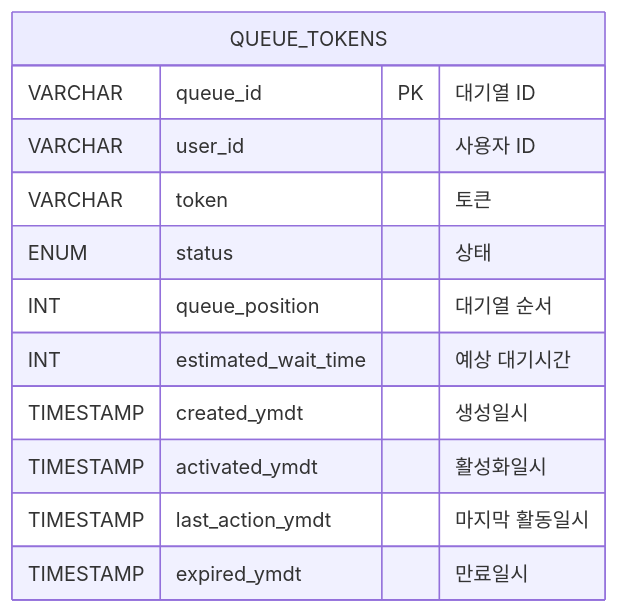
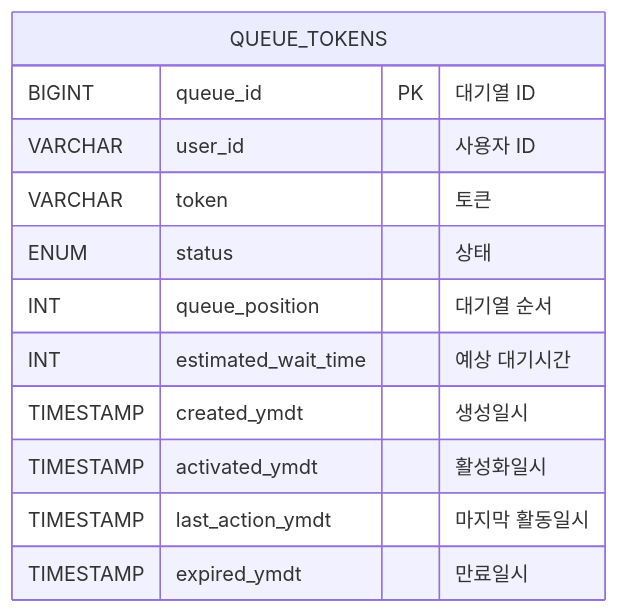
One commit to kimdoha/concert-system changed the fourth of 4 diagrams in docs/2. ERD_다이어그램.md. Above: the diagram before and after it, drawn with Mermaid. The commit also changed other lines of this file, not shown here.

Commit message:
docs: ERD 다이어그램 작성 (pk 수정)

````diff
--- a/docs/2. ERD_다이어그램.md
+++ b/docs/2. ERD_다이어그램.md
@@ -111,15 +111,15 @@
 ```mermaid
 erDiagram
     QUEUE_TOKENS {
-        VARCHAR queue_id PK "대기열 ID"
+        BIGINT queue_id PK "대기열 ID"
         VARCHAR user_id "사용자 ID"
         VARCHAR token "토큰"
         ENUM status "상태"
         INT queue_position "대기열 순서"
         INT estimated_wait_time "예상 대기시간"
         TIMESTAMP created_ymdt "생성일시"
         TIMESTAMP activated_ymdt "활성화일시"
         TIMESTAMP last_action_ymdt "마지막 활동일시"
         TIMESTAMP expired_ymdt "만료일시"
     }
 ```
````
